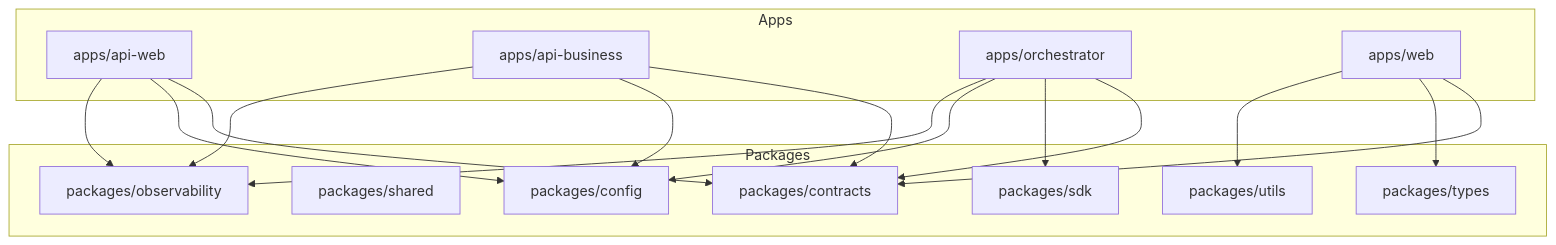
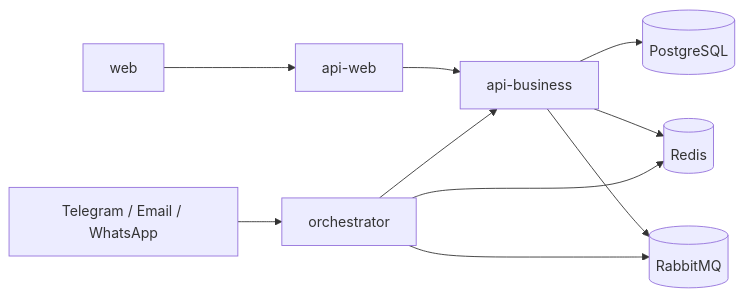
Before and after one commit to CiceroDeveloper01/rag-platform: the first of 5 diagrams in docs/ARCHITECTURE.md, drawn with Mermaid. The commit also changed other lines of this file and 191 other files, not shown here.

Commit message:
refactor: consolidate monorepo architecture, async documents flow and platform structure

````diff
--- a/docs/ARCHITECTURE.md
+++ b/docs/ARCHITECTURE.md
@@ -67,33 +23,12 @@
 ```mermaid
-flowchart TD
-    subgraph Apps
-        APIWEB[apps/api-web]
-        API[apps/api-business]
-        ORCH[apps/orchestrator]
-        WEB[apps/web]
-    end
-
-    subgraph Packages
-        CONTRACTS[packages/contracts]
-        SHARED[packages/shared]
-        SDK[packages/sdk]
-        CONFIG[packages/config]
-        OBS[packages/observability]
-        TYPES[packages/types]
-        UTILS[packages/utils]
-    end
-
-    WEB --> CONTRACTS
-    WEB --> TYPES
-    WEB --> UTILS
-    APIWEB --> CONTRACTS
-    APIWEB --> CONFIG
-    APIWEB --> OBS
-    ORCH --> CONTRACTS
-    ORCH --> SDK
-    ORCH --> CONFIG
-    ORCH --> OBS
-    API --> CONTRACTS
-    API --> CONFIG
-    API --> OBS
+flowchart LR
+    Web[web] --> APIWeb[api-web]
+    APIWeb --> APIBusiness[api-business]
+    Channel[Telegram / Email / WhatsApp] --> Orchestrator[orchestrator]
+    Orchestrator --> APIBusiness
+    APIBusiness --> Postgres[(PostgreSQL)]
+    APIBusiness --> Redis[(Redis)]
+    APIBusiness --> RabbitMQ[(RabbitMQ)]
+    Orchestrator --> Redis
+    Orchestrator --> RabbitMQ
 ```
````
